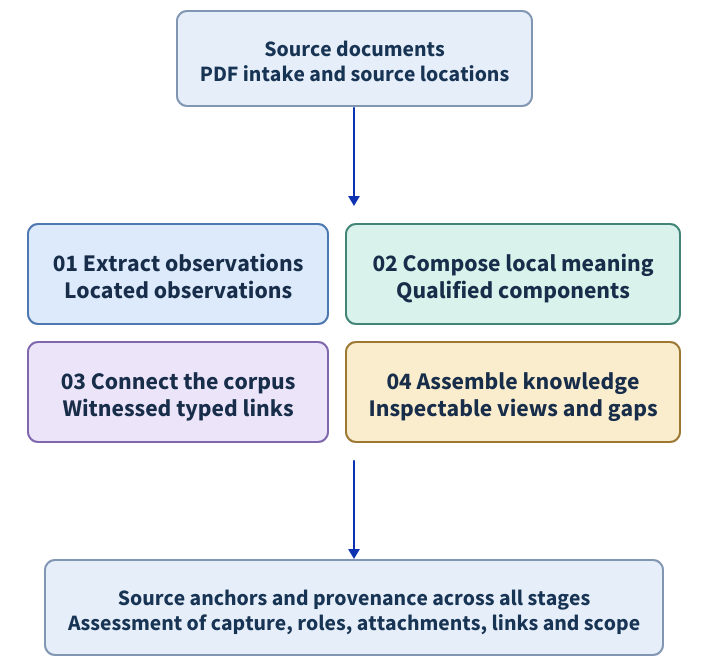
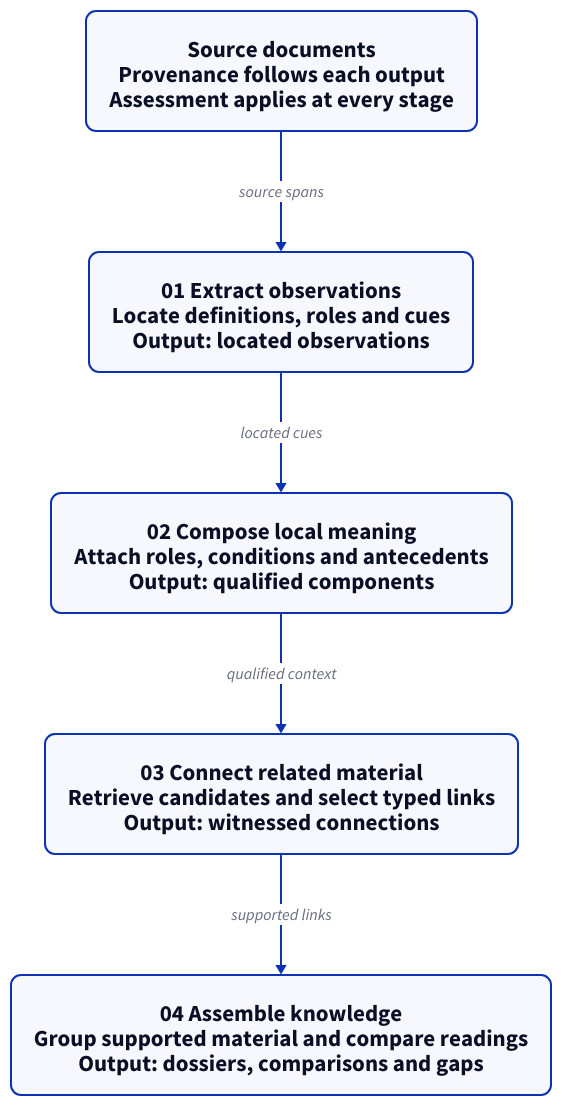
One commit to paul-heyse/corpus-structure changed the diagram in docs/visuals/pipeline.d2. Above: the diagram before and after it, drawn with D2. The commit also changed 17 other files, not shown here.

```diff
--- a/docs/visuals/pipeline.d2
+++ b/docs/visuals/pipeline.d2
@@ -1,52 +1,26 @@
 direction: down
 
 classes: {
-  band: {
+  stage: {
     shape: rectangle
     style: {
-      fill: "#e6eef9"
-      stroke: "#8196b3"
-      font-color: "#183454"
-      font-size: 22
+      font-size: 23
       border-radius: 10
-    }
-  }
-  operation: {
-    shape: rectangle
-    style: {
-      font-color: "#172d49"
-      font-size: 24
-      border-radius: 10
-      bold: true
     }
   }
 }
 
-source: "Source documents\nPDF intake and source locations" {class: band}
-
-operations: "" {
-  grid-rows: 2
-  grid-columns: 2
-  grid-gap: 18
-  style: {stroke-width: 0; fill: transparent}
-  extract: "01  Extract observations\nLocated observations" {
-    class: operation
-    style: {fill: "#dceafb"; stroke: "#4d77af"}
-  }
-  compose: "02  Compose local meaning\nQualified components" {
-    class: operation
-    style: {fill: "#d9f2eb"; stroke: "#428577"}
-  }
-  connect: "03  Connect the corpus\nWitnessed typed links" {
-    class: operation
-    style: {fill: "#ece5fa"; stroke: "#8066ac"}
-  }
-  assemble: "04  Assemble knowledge\nInspectable views and gaps" {
-    class: operation
-    style: {fill: "#f9edce"; stroke: "#9c7833"}
-  }
+source: "Source documents\nProvenance follows each output\nAssessment applies at every stage" {
+  class: stage
+  style.bold: true
 }
 
-evidence: "Source anchors and provenance across all stages\nAssessment of capture, roles, attachments, links and scope" {class: band}
-source -> operations
-operations -> evidence
+extract: "01  Extract observations\nLocate definitions, roles and cues\nOutput: located observations" {class: stage}
+compose: "02  Compose local meaning\nAttach roles, conditions and antecedents\nOutput: qualified components" {class: stage}
+connect: "03  Connect related material\nRetrieve candidates and select typed links\nOutput: witnessed connections" {class: stage}
+assemble: "04  Assemble knowledge\nGroup supported material and compare readings\nOutput: dossiers, comparisons and gaps" {class: stage}
+
+source -> extract: "source spans"
+extract -> compose: "located cues"
+compose -> connect: "qualified context"
+connect -> assemble: "supported links"
```
